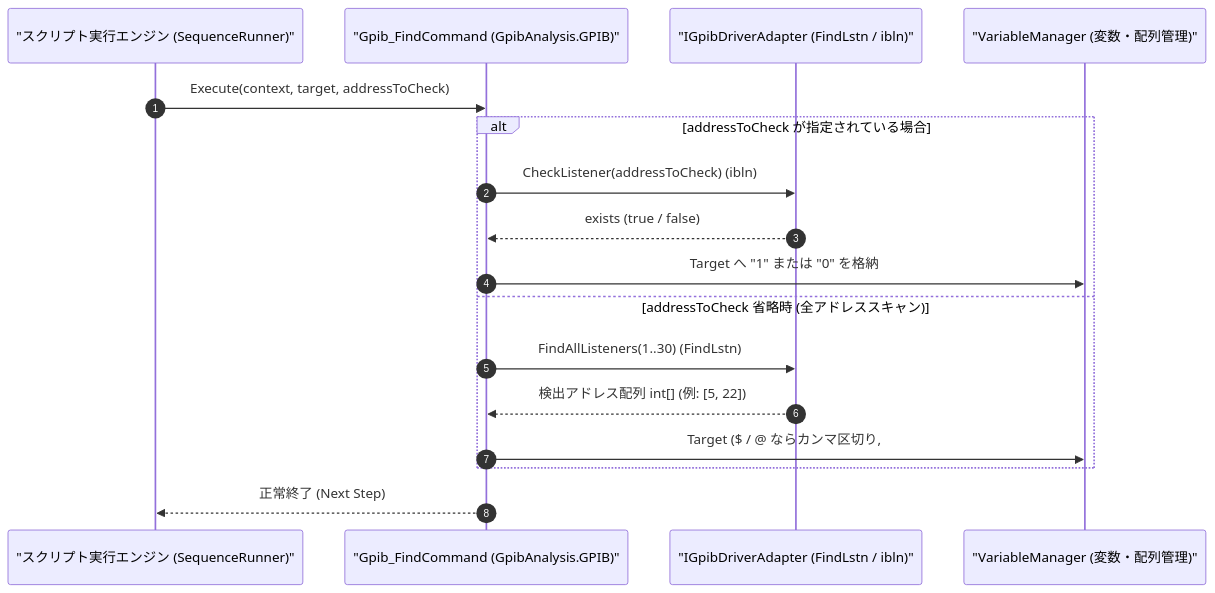
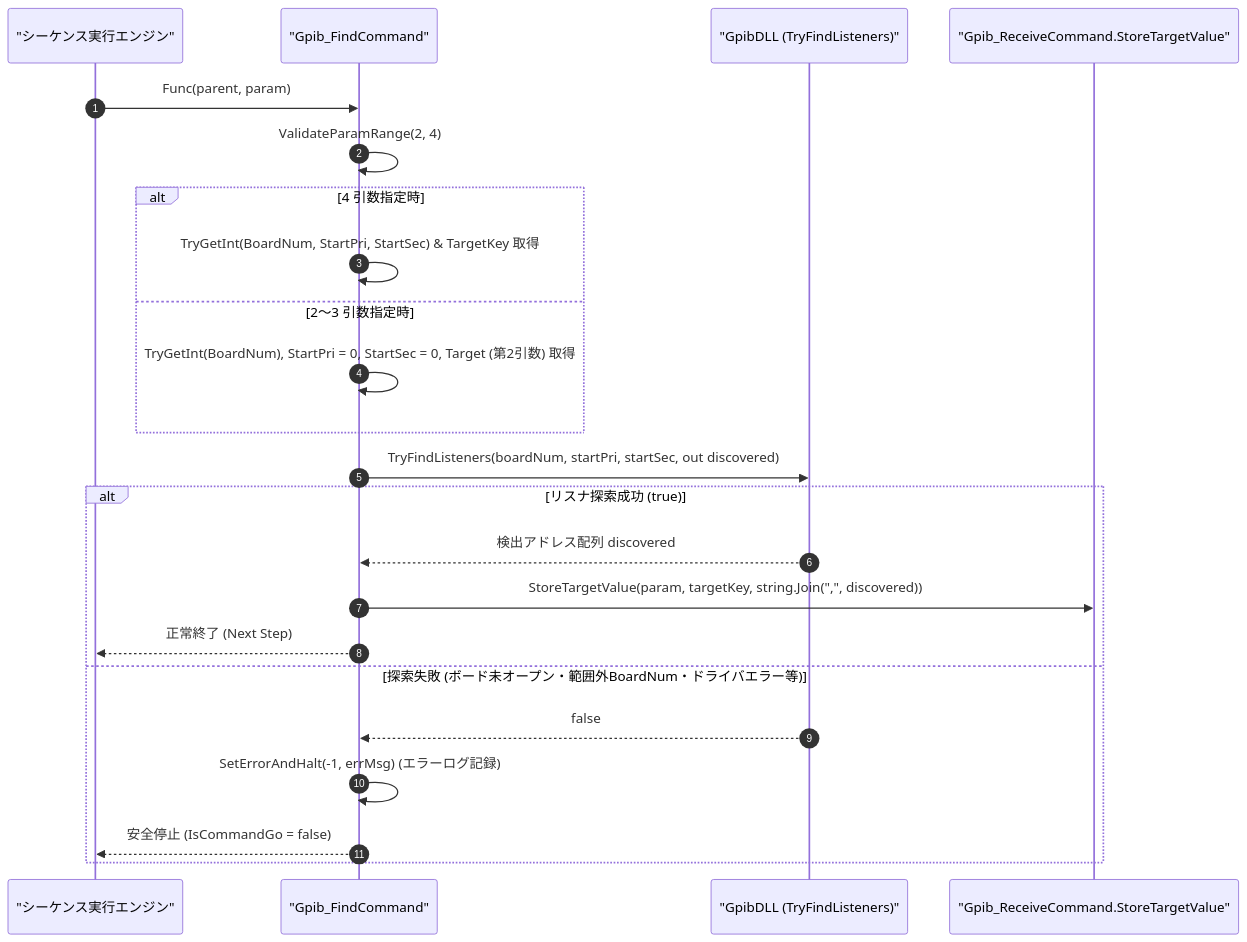
The diagram in Manual/GPIB/Gpib_Find.Md (Monaca-App/GpibAddIn), drawn with Mermaid before and after one commit. The commit also changed other lines of this file and 32 other files, not shown here.

````diff
--- a/Manual/GPIB/Gpib_Find.Md
+++ b/Manual/GPIB/Gpib_Find.Md
@@ -68,20 +73,26 @@
 ```mermaid
 sequenceDiagram
     autonumber
-    participant Script as "スクリプト実行エンジン (SequenceRunner)"
-    participant Cmd as "Gpib_FindCommand (GpibAnalysis.GPIB)"
-    participant Drv as "IGpibDriverAdapter (FindLstn / ibln)"
-    participant Var as "VariableManager (変数・配列管理)"
+    participant Script as "シーケンス実行エンジン"
+    participant Cmd as "Gpib_FindCommand"
+    participant Dll as "GpibDLL (TryFindListeners)"
+    participant Var as "Gpib_ReceiveCommand.StoreTargetValue"
 
-    Script->>Cmd: Execute(context, target, addressToCheck)
-    alt addressToCheck が指定されている場合
-        Cmd->>Drv: CheckListener(addressToCheck) (ibln)
-        Drv-->>Cmd: exists (true / false)
-        Cmd->>Var: Target へ "1" または "0" を格納
-    else addressToCheck 省略時 (全アドレススキャン)
-        Cmd->>Drv: FindAllListeners(1..30) (FindLstn)
-        Drv-->>Cmd: 検出アドレス配列 int[] (例: [5, 22])
-        Cmd->>Var: Target ($ / @ ならカンマ区切り, # なら配列要素) へ格納
+    Script->>Cmd: Func(parent, param)
+    Cmd->>Cmd: ValidateParamRange(2, 4)
+    alt 4 引数指定時
+        Cmd->>Cmd: TryGetInt(BoardNum, StartPri, StartSec) & TargetKey 取得
+    else 2〜3 引数指定時
+        Cmd->>Cmd: TryGetInt(BoardNum), StartPri = 0, StartSec = 0, Target (第2引数) 取得
     end
-    Cmd-->>Script: 正常終了 (Next Step)
+    Cmd->>Dll: TryFindListeners(boardNum, startPri, startSec, out discovered)
+    alt リスナ探索成功 (true)
+        Dll-->>Cmd: 検出アドレス配列 discovered
+        Cmd->>Var: StoreTargetValue(param, targetKey, string.Join(",", discovered))
+        Cmd-->>Script: 正常終了 (Next Step)
+    else 探索失敗 (ボード未オープン・範囲外BoardNum・ドライバエラー等)
+        Dll-->>Cmd: false
+        Cmd->>Cmd: SetErrorAndHalt(-1, errMsg) (エラーログ記録)
+        Cmd-->>Script: 安全停止 (IsCommandGo = false)
+    end
 ```
````
